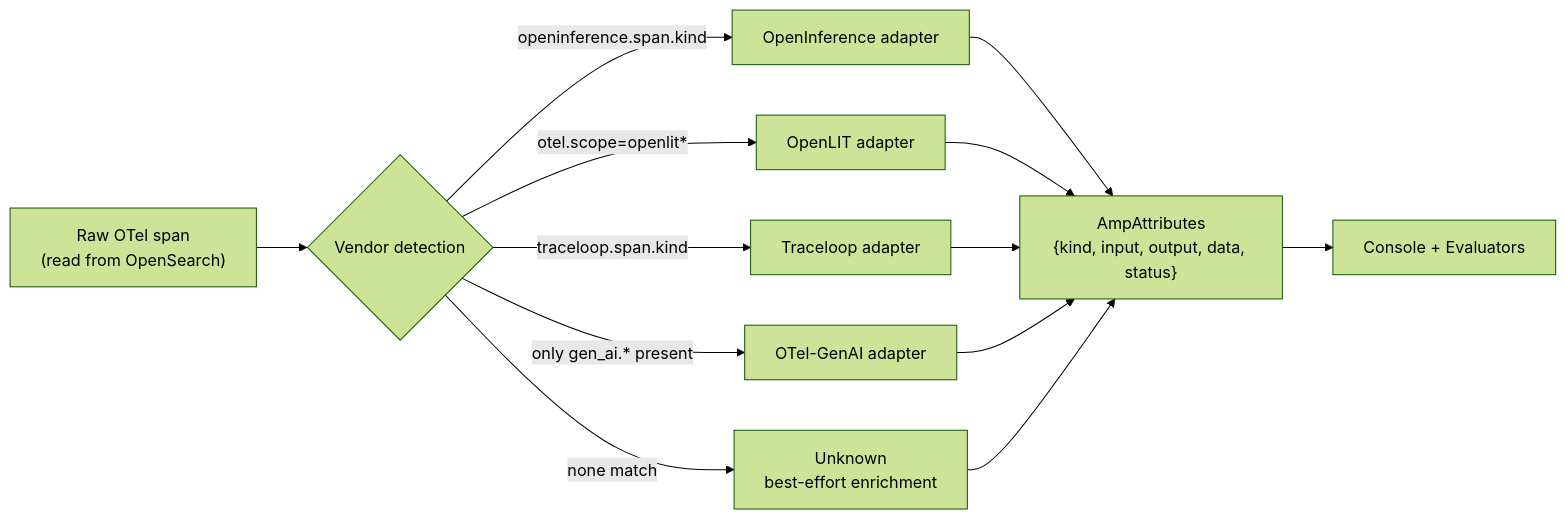
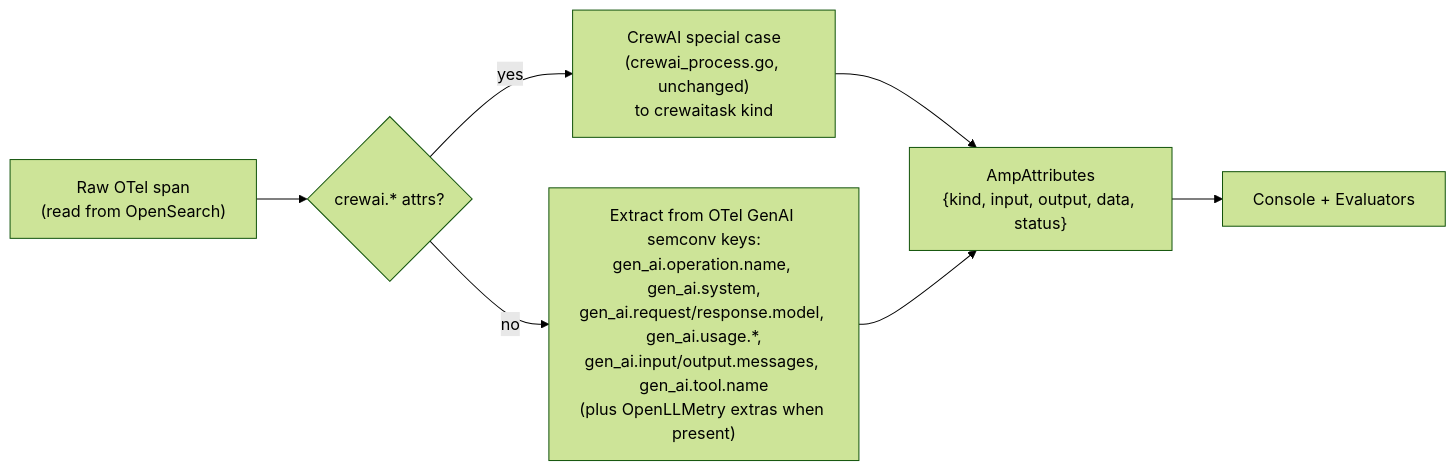
Before and after one commit to RAVEENSR/agent-manager: the fourth of 5 diagrams in references/INSTRUMENTATION_REDESIGN_PROPOSAL.md, drawn with Mermaid (forest theme). The commit also changed other lines of this file, not shown here.

````diff
--- a/references/INSTRUMENTATION_REDESIGN_PROPOSAL.md
+++ b/references/INSTRUMENTATION_REDESIGN_PROPOSAL.md
@@ -147,15 +153,9 @@
 ```mermaid
 flowchart LR
-    SPAN["Raw OTel span<br/>(read from OpenSearch)"] --> DET{Vendor detection}
-    DET -->|"openinference.span.kind"| OI[OpenInference adapter]
-    DET -->|"otel.scope=openlit*"| OL[OpenLIT adapter]
-    DET -->|"traceloop.span.kind"| TL[Traceloop adapter]
-    DET -->|"only gen_ai.* present"| OG[OTel-GenAI adapter]
-    DET -->|"none match"| UN["Unknown<br/>best-effort enrichment"]
-    OI --> AMP["AmpAttributes<br/>{kind, input, output, data, status}"]
-    OL --> AMP
-    TL --> AMP
-    OG --> AMP
-    UN --> AMP
-    AMP --> UI[Console + Evaluators]
+    SPAN["Raw OTel span<br/>(read from OpenSearch)"] --> CW{crewai.* attrs?}
+    CW -->|yes| CR["CrewAI special case<br/>(crewai_process.go, unchanged)<br/>to crewaitask kind"]
+    CW -->|no| GG["Extract from OTel GenAI semconv keys:<br/>gen_ai.operation.name, gen_ai.system,<br/>gen_ai.request/response.model, gen_ai.usage.*,<br/>gen_ai.input/output.messages, gen_ai.tool.name<br/>(plus OpenLLMetry extras when present)"]
+    CR --> AMP["AmpAttributes<br/>{kind, input, output, data, status}"]
+    GG --> AMP
+    AMP --> UIX[Console + Evaluators]
 ```
````
